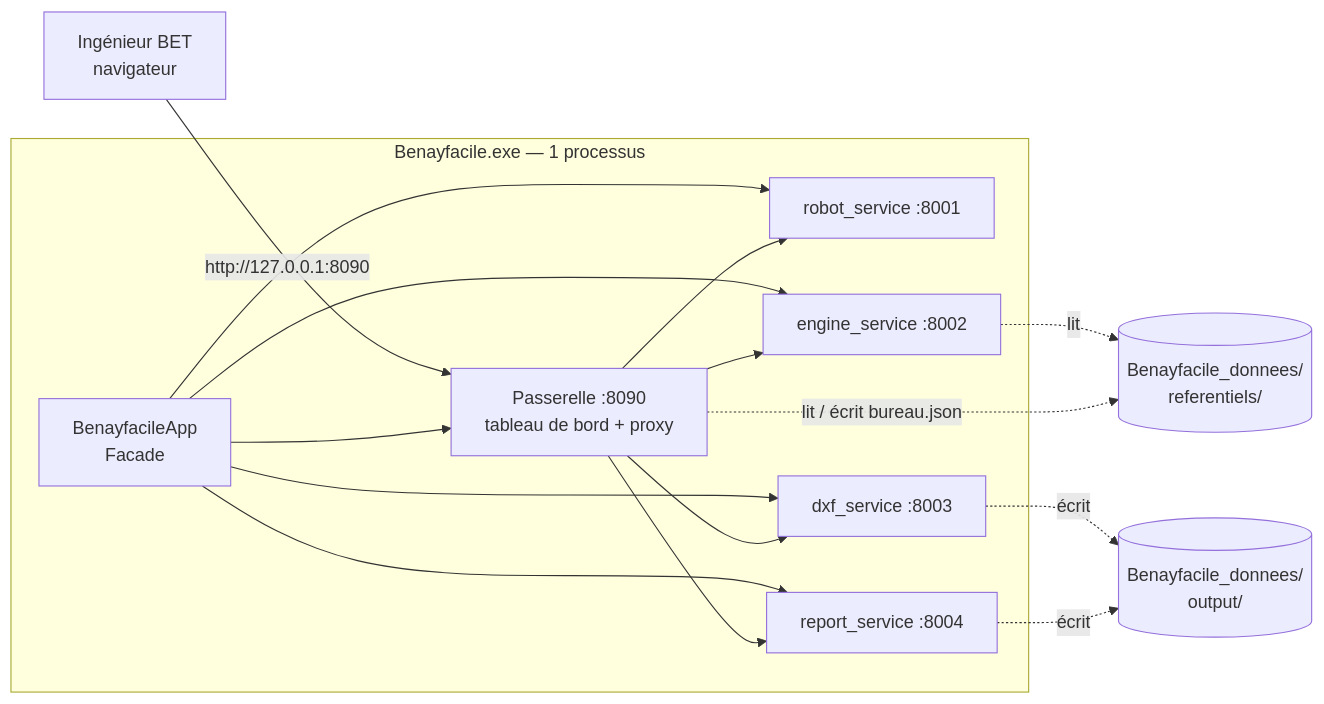
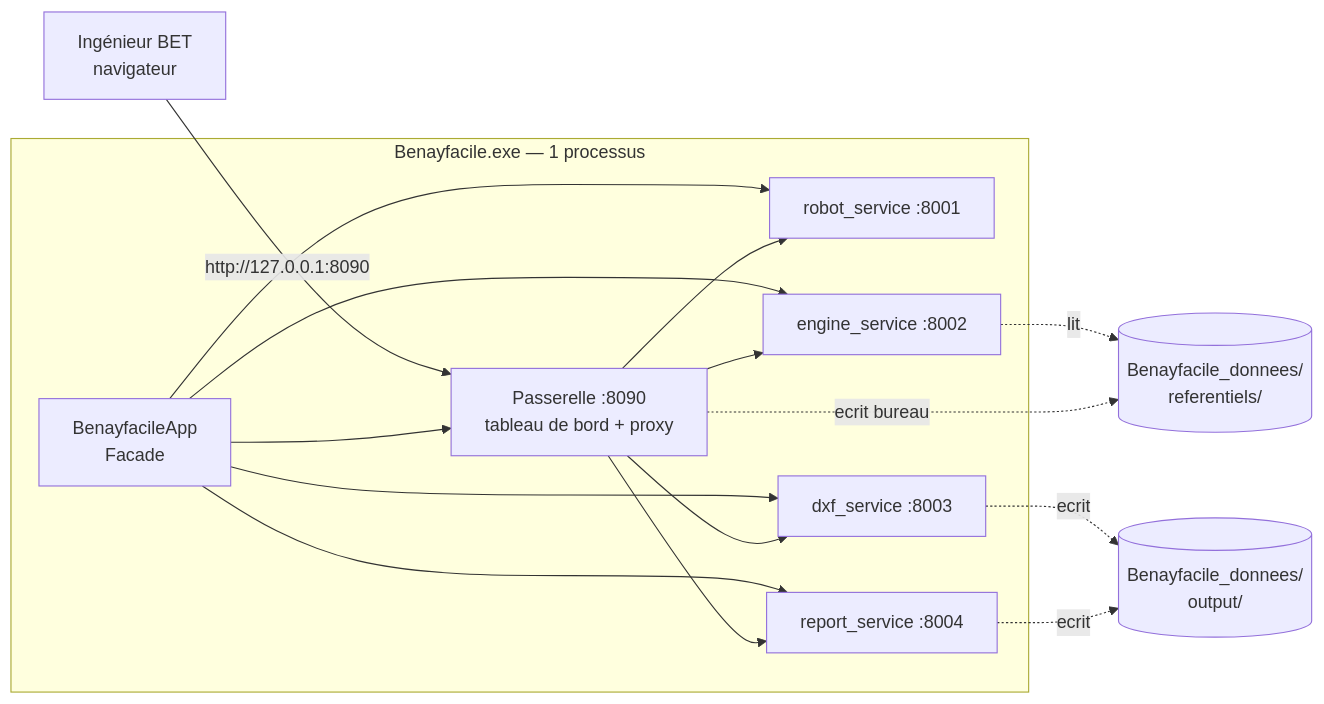
The first of 3 diagrams in README.md (Youssef-AMARZOU/benayfacile), drawn with Mermaid before and after one commit. The commit also changed 1 other file, not shown here.

Commit message:
fix mermaid: edge labels ASCII without slash or dots

````diff
--- a/README.md
+++ b/README.md
@@ -73,16 +73,16 @@
 ```mermaid
 flowchart LR
     U[Ingénieur BET<br/>navigateur] -->|http://127.0.0.1:8090| GW
     subgraph EXE["Benayfacile.exe — 1 processus"]
         L[BenayfacileApp<br/>Facade] --> GW[Passerelle :8090<br/>tableau de bord + proxy]
         L --> R[robot_service :8001]
         L --> E[engine_service :8002]
         L --> D[dxf_service :8003]
         L --> N[report_service :8004]
         GW --> R & E & D & N
     end
-    E -. "lit" .-> REF[(Benayfacile_donnees/<br/>referentiels/)]
-    D -. "écrit" .-> OUT[(Benayfacile_donnees/<br/>output/)]
-    N -. "écrit" .-> OUT
-    GW -. "lit / écrit bureau.json" .-> REF
+    E -. lit .-> REF[(Benayfacile_donnees/<br/>referentiels/)]
+    D -. ecrit .-> OUT[(Benayfacile_donnees/<br/>output/)]
+    N -. ecrit .-> OUT
+    GW -. ecrit bureau .-> REF
 ```
````
